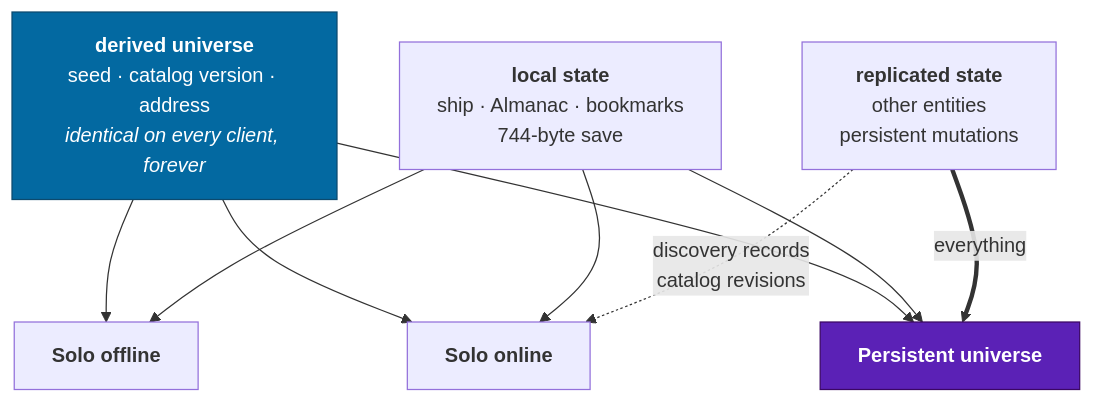
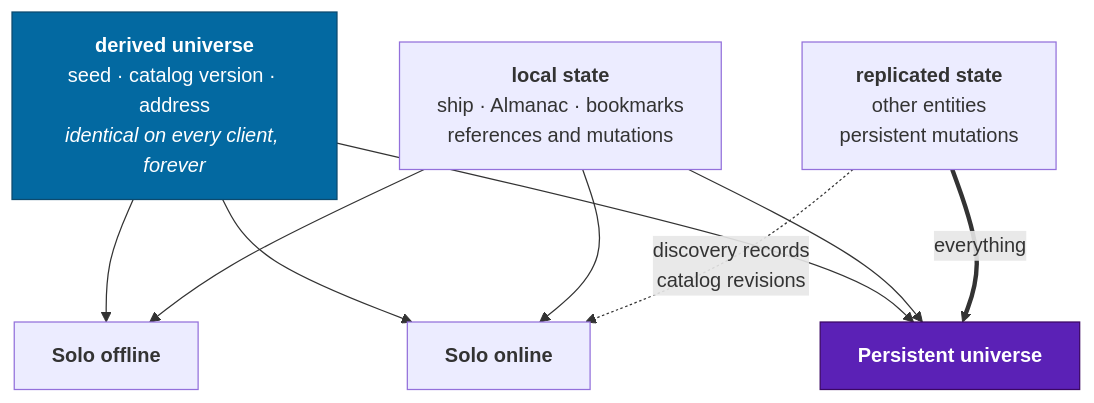
The diagram in docs/design/modes.md (jonjaques/inertialref), drawn with Mermaid before and after one commit. The commit also changed other lines of this file and 53 other files, not shown here.

````diff
--- a/docs/design/modes.md
+++ b/docs/design/modes.md
@@ -44,18 +47,18 @@
 ```mermaid
 flowchart TB
     BASE["<b>derived universe</b><br/>seed · catalog version · address<br/><i>identical on every client, forever</i>"]
-    LOCAL["<b>local state</b><br/>ship · Almanac · bookmarks<br/>744-byte save"]
+    LOCAL["<b>local state</b><br/>ship · Almanac · bookmarks<br/>references and mutations"]
     NET["<b>replicated state</b><br/>other entities<br/>persistent mutations"]
 
     BASE --> SOLO["<b>Solo offline</b>"]
     LOCAL --> SOLO
     BASE --> SON["<b>Solo online</b>"]
     LOCAL --> SON
     NET -.->|"discovery records<br/>catalog revisions"| SON
     BASE --> PU["<b>Persistent universe</b>"]
     LOCAL --> PU
     NET ==>|"everything"| PU
 
     style BASE fill:#0369a1,stroke:#0c4a6e,color:#fff
     style PU fill:#5b21b6,stroke:#3b0764,color:#fff
 ```
````
